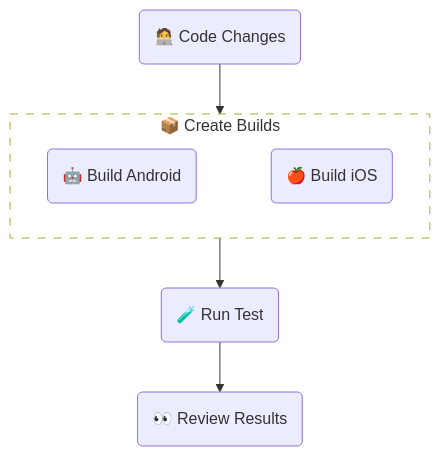
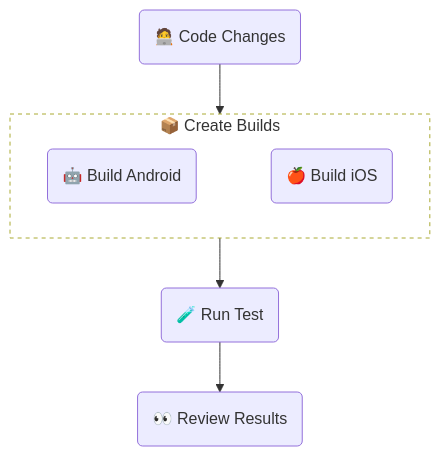
Before and after one commit to sherlo-io/sherlo: the diagram in examples/standard/README.md, drawn with Mermaid.

Commit message:
no message

````diff
--- a/examples/standard/README.md
+++ b/examples/standard/README.md
@@ -14,16 +14,16 @@
 ```mermaid
 flowchart TB
    UI(🧑‍💻 Code Changes)
    subgraph Build[📦 Create Builds]
       Android(🤖 Build Android)
       iOS(🍎 Build iOS)
       Android ~~~ iOS
-      style Build fill:#00000000,stroke-dasharray: 8 8
+      style Build fill:#00000000,stroke-dasharray: 4 4
    end
    Test(🧪 Run Test)
    Review(👀 Review Results)
 
    UI --> Build
    Build --> Test
    Test --> Review
 ```
````
